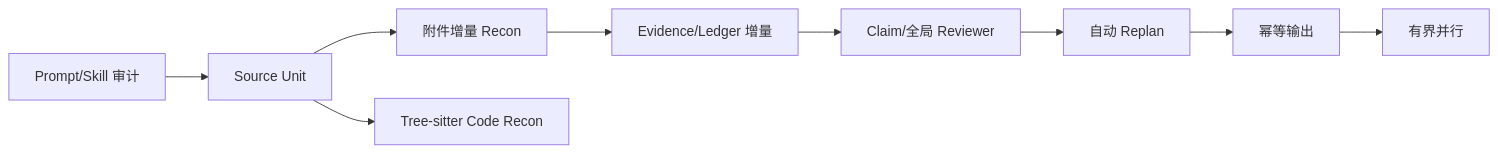
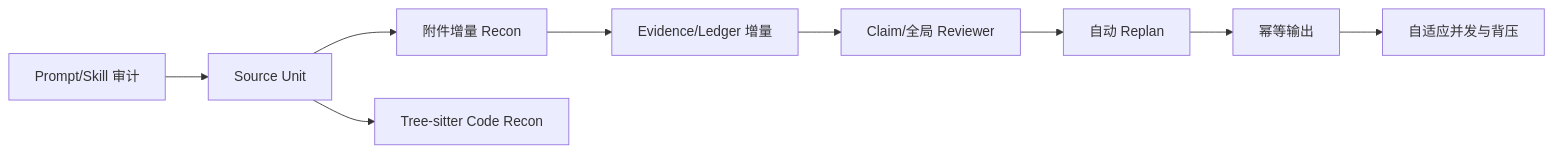
One commit to tushanmiao/Mnemora changed the sixth of 6 diagrams in md/Summary/01-深度笔记.md. Above: the diagram before and after it, drawn with Mermaid. The commit also changed other lines of this file and 34 other files, not shown here.

Commit message:
feat: optimize deep notes and mermaid rendering

````diff
--- a/md/Summary/01-深度笔记.md
+++ b/md/Summary/01-深度笔记.md
@@ -530,11 +571,11 @@
 ```mermaid
 flowchart LR
     A[Prompt/Skill 审计] --> B[Source Unit]
     B --> C[附件增量 Recon]
     C --> D[Evidence/Ledger 增量]
     D --> E[Claim/全局 Reviewer]
     E --> F[自动 Replan]
     F --> G[幂等输出]
-    G --> H[有界并行]
+    G --> H[自适应并发与背压]
     B --> I[Tree-sitter Code Recon]
 ```
````
